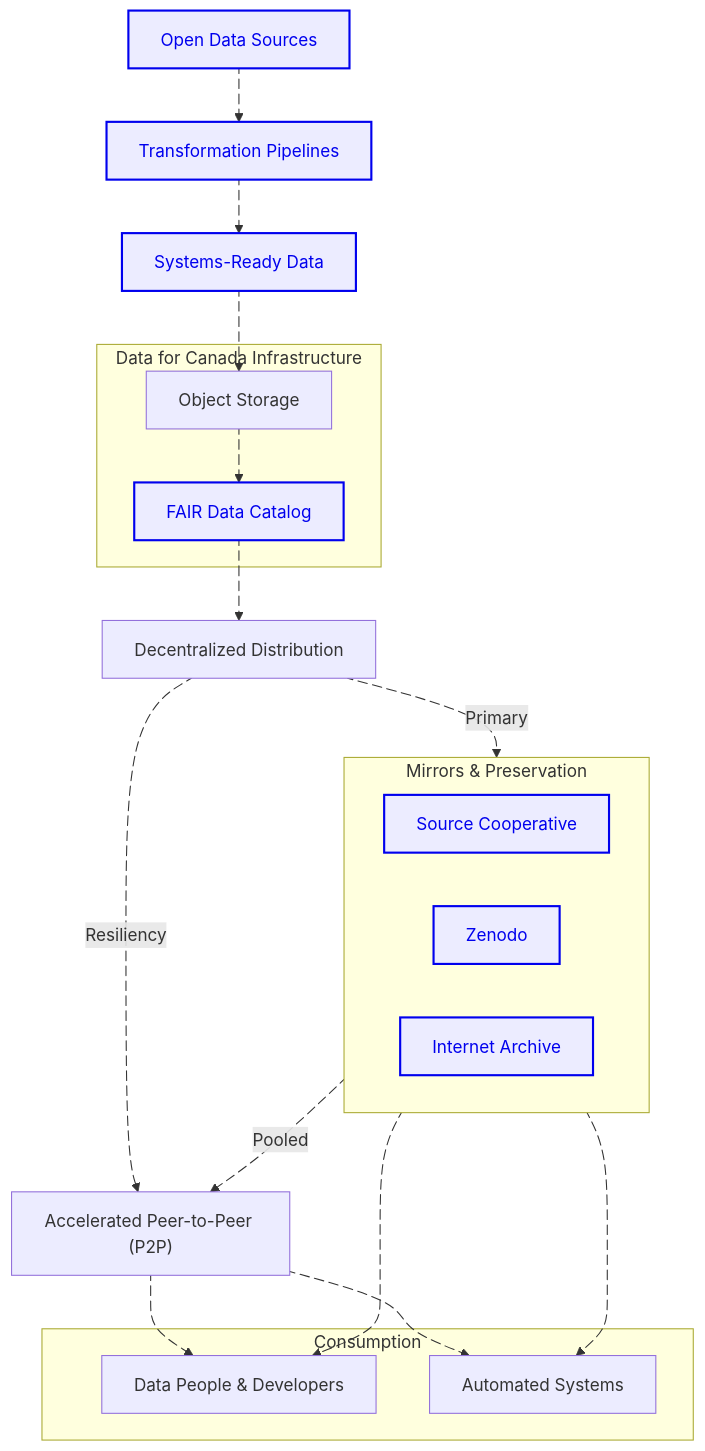
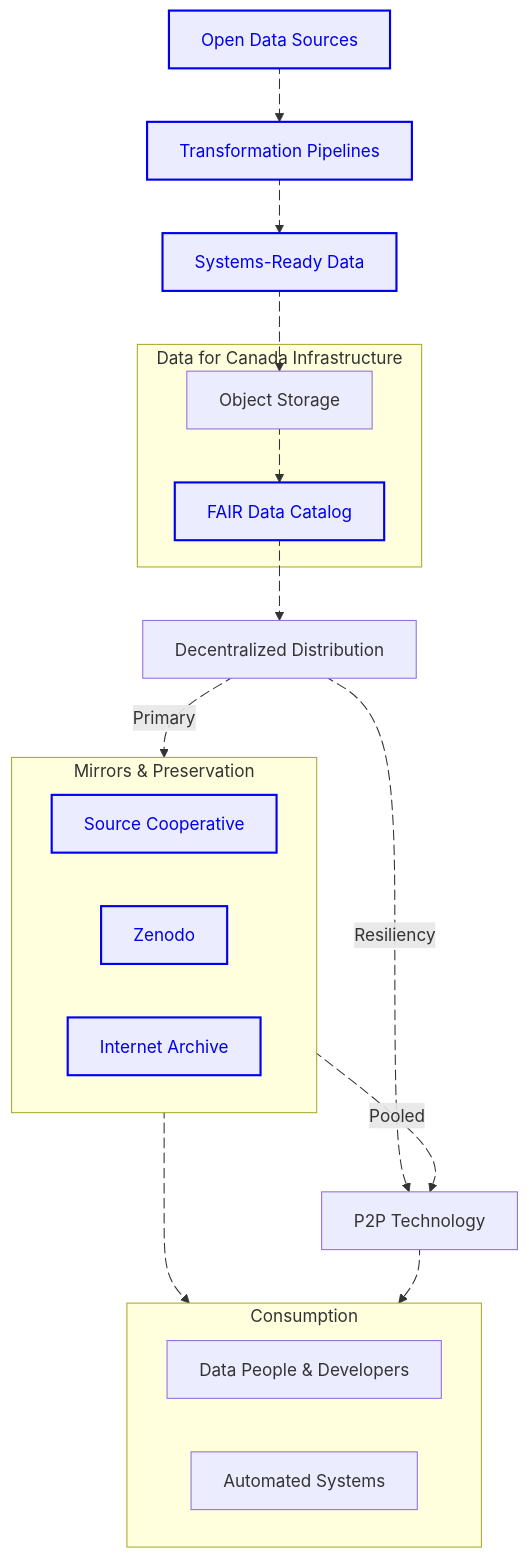
The first of 2 diagrams in content/docs/dissemination/_index.md (dataforcanada/www.dataforcanada.org), drawn with Mermaid before and after one commit. The commit also changed other lines of this file, not shown here.

Commit message:
Update data dissemination strategy high-level overview diagram, simplify

````diff
--- a/content/docs/dissemination/_index.md
+++ b/content/docs/dissemination/_index.md
@@ -14,78 +14,72 @@
 ```mermaid
 flowchart TD
     classDef linkNode stroke:#0000EE,color:#0000EE,stroke-width:2px;
     subgraph mirrors [Mirrors & Preservation]
         SourceCoop[Source Cooperative]
         Zenodo[Zenodo]
         InternetArchive[Internet Archive]
     end
 
     Sources[Open Data Sources]
     Processes[Transformation Pipelines]
     Artifacts[Systems-Ready Data]
     
     subgraph CoreInfra [Data for Canada Infrastructure]
         Portal[Object Storage]
         Metadata[FAIR Data Catalog]
     end
     
     Distribution[Decentralized Distribution]
-    Torrent["Accelerated Peer-to-Peer (P2P)"]
+    Torrent["P2P Technology"]
     
     subgraph Consumers [Consumption]
         Users[Data People & Developers]
         Systems[Automated Systems]
     end
 
     %% Flow with Animations
     Sources a1@--> Processes
     a1@{animate: true, animation: slow}
     
     Processes a2@--> Artifacts
     a2@{animate: true, animation: slow}
     
     Artifacts a3@--> Portal
     a3@{animate: true, animation: slow}
     
     Portal a4@--> Metadata
     a4@{animate: true, animation: fast}
     
     Metadata a5@--> Distribution
     a5@{animate: true, animation: fast}
 
     %% Distribution Logic
     Distribution a7@-.->|Primary| mirrors
     a7@{animate: true, animation: slow}
     
     Distribution a8@-.->|Resiliency| Torrent
     a8@{animate: true, animation: slow}
 
     %% Mirror Connections
-    mirrors a12@--> Users
+    mirrors a12@--> Consumers
     a12@{animate: true, animation: slow}
-    
-    mirrors a13@--> Systems
-    a13@{animate: true, animation: slow}
     
     mirrors a9@-.->|Pooled| Torrent
     a9@{animate: true, animation: fast}
 
     %% Torrent Connections
-    Torrent a10@--> Users
+    Torrent a10@--> Consumers
     a10@{animate: true, animation: fast}
     
-    Torrent a11@--> Systems
-    a11@{animate: true, animation: fast}
-
     %% Click Actions
     click Sources "https://www.dataforcanada.org/#high-level-overview" _blank
     click Processes "https://www.dataforcanada.org/docs/processes/" _blank
     click Artifacts "https://www.dataforcanada.org/docs/getting_started/" _blank
     click Metadata "https://stac-utils.github.io/stac-geoparquet/latest/spec/stac-geoparquet-spec/" _blank
     click Zenodo "https://zenodo.org/communities/dataforcanada/" _blank
     click SourceCoop "https://source.coop/dataforcanada/" _blank
     click InternetArchive "https://archive.org/details/@diegoripley/uploads/" _blank
 
     %% APPLY STYLES TO LINKED NODES
     class Sources,Processes,Artifacts,Metadata,SourceCoop,Zenodo,InternetArchive linkNode
 ```
````
